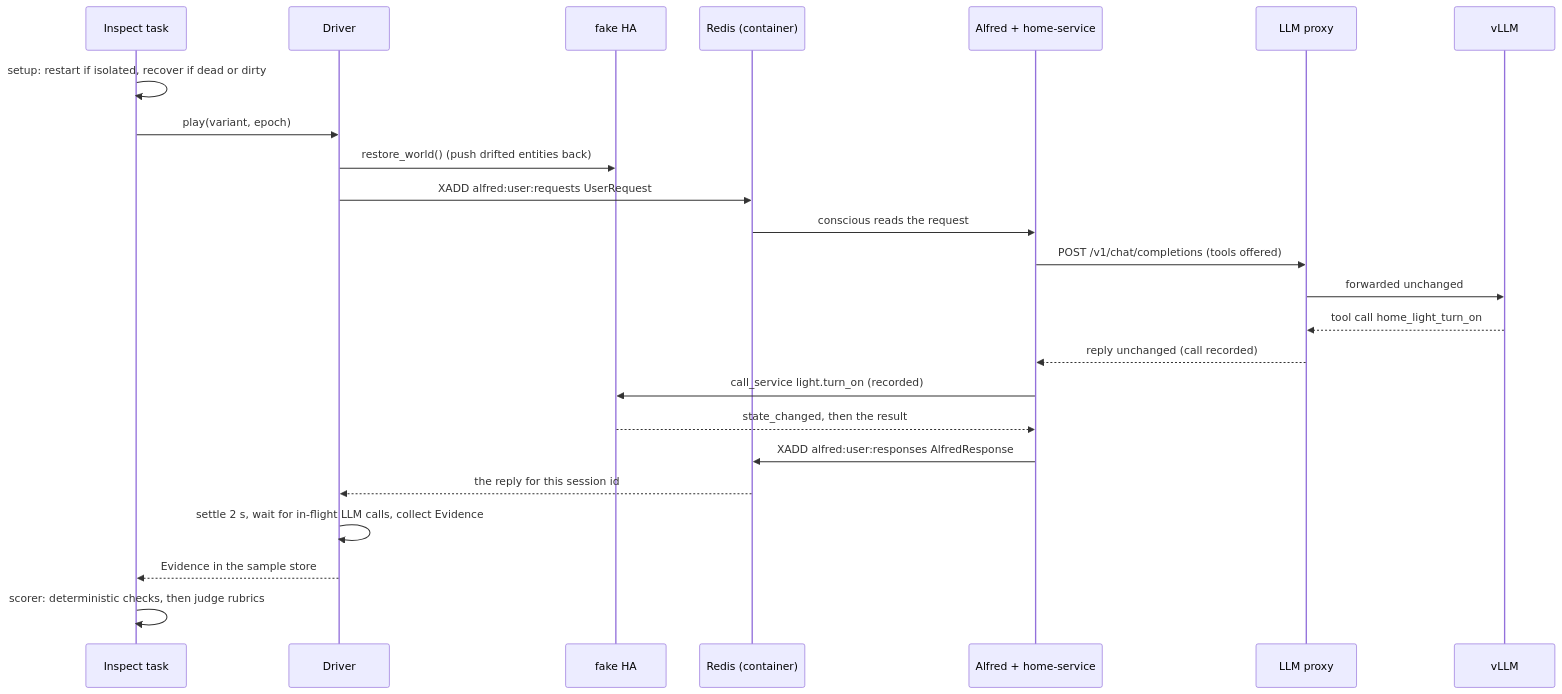
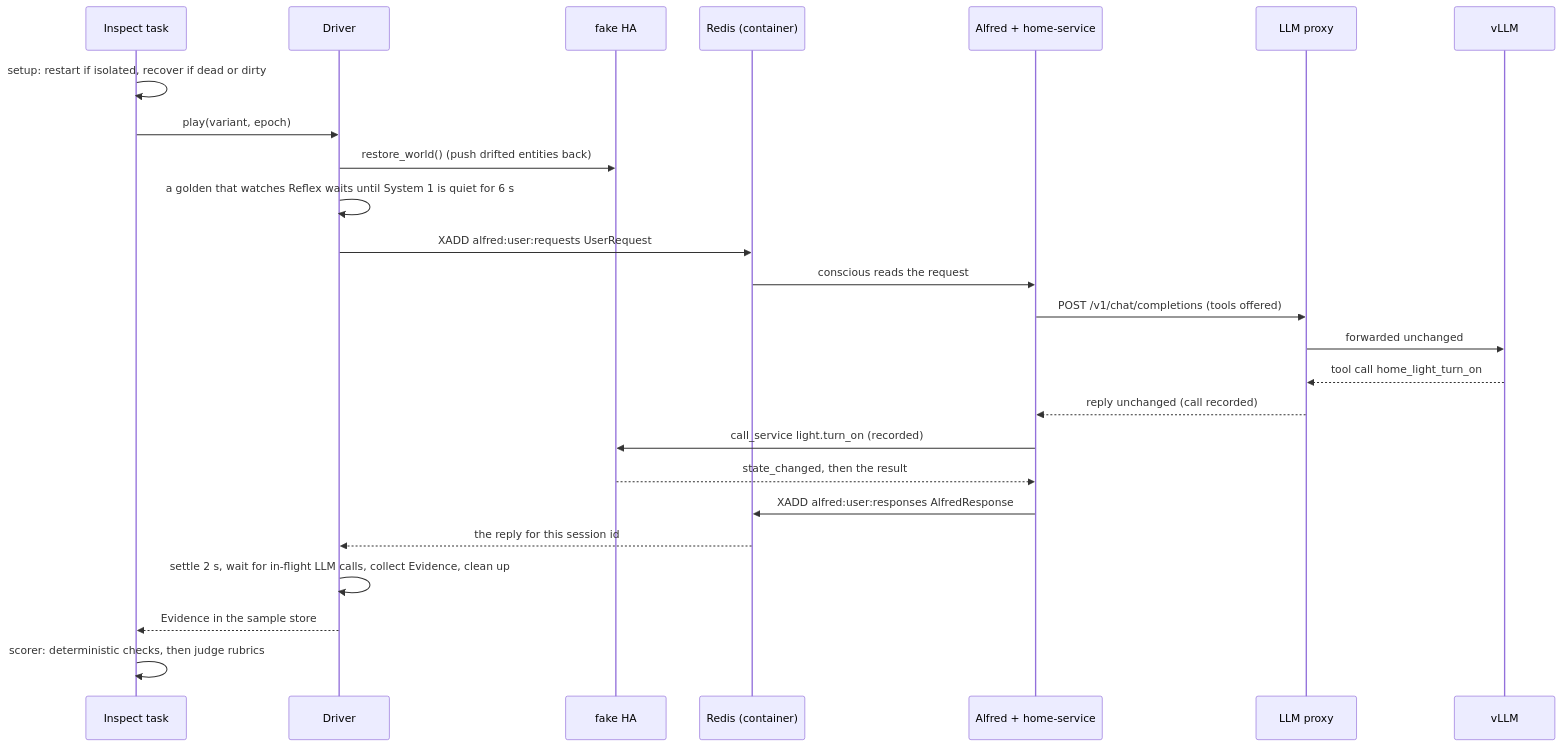
One commit to anirudhlath/alfred changed the second of 2 diagrams in docs/evals.md. Above: the diagram before and after it, drawn with Mermaid. The commit also changed other lines of this file and 89 other files, not shown here.

````diff
--- a/docs/evals.md
+++ b/docs/evals.md
@@ -153,27 +206,28 @@
 ```mermaid
 sequenceDiagram
     participant T as Inspect task
     participant D as Driver
     participant H as fake HA
     participant R as Redis (container)
     participant A as Alfred + home-service
     participant P as LLM proxy
     participant V as vLLM
 
     T->>T: setup: restart if isolated, recover if dead or dirty
     T->>D: play(variant, epoch)
     D->>H: restore_world() (push drifted entities back)
+    D->>D: a golden that watches Reflex waits until System 1 is quiet for 6 s
     D->>R: XADD alfred:user:requests UserRequest
     R->>A: conscious reads the request
     A->>P: POST /v1/chat/completions (tools offered)
     P->>V: forwarded unchanged
     V-->>P: tool call home_light_turn_on
     P-->>A: reply unchanged (call recorded)
     A->>H: call_service light.turn_on (recorded)
     H-->>A: state_changed, then the result
     A->>R: XADD alfred:user:responses AlfredResponse
     R-->>D: the reply for this session id
-    D->>D: settle 2 s, wait for in-flight LLM calls, collect Evidence
+    D->>D: settle 2 s, wait for in-flight LLM calls, collect Evidence, clean up
     D-->>T: Evidence in the sample store
     T->>T: scorer: deterministic checks, then judge rubrics
 ```
````
